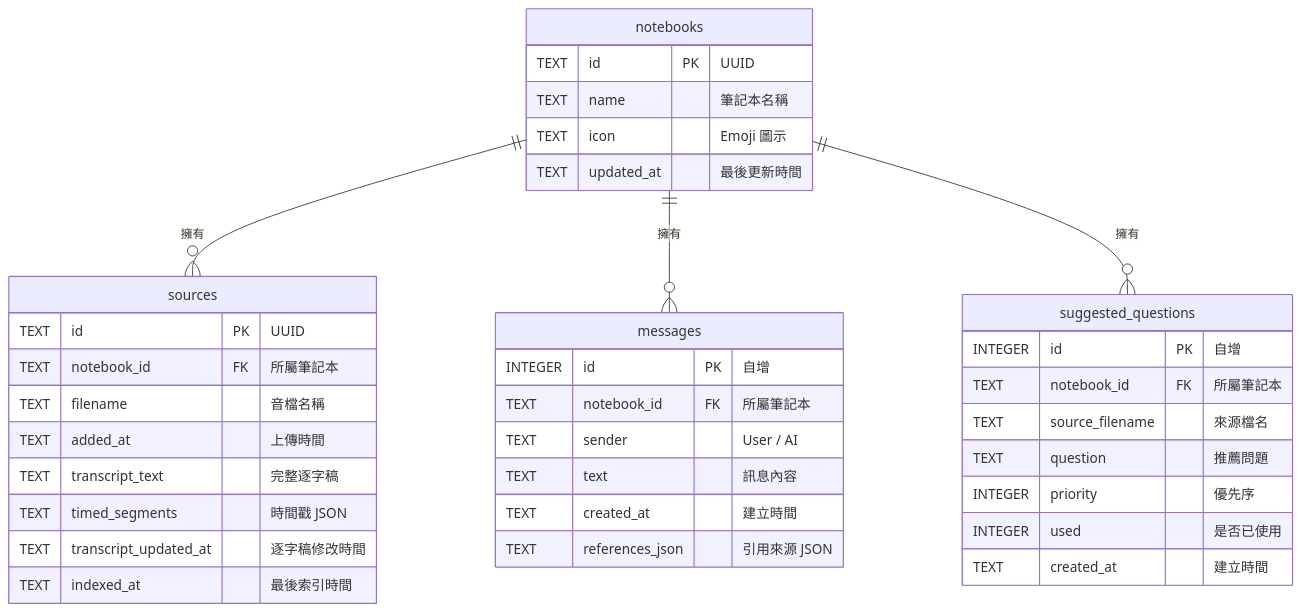
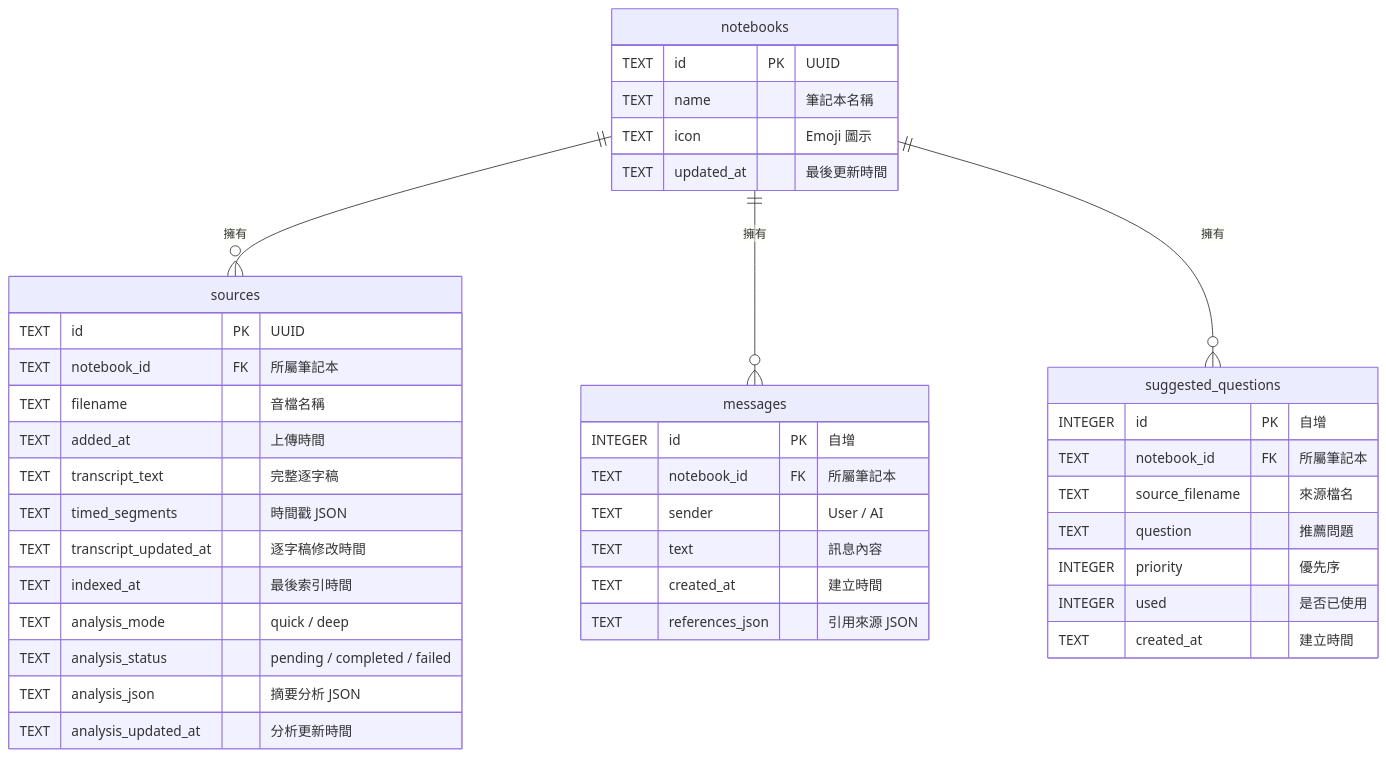
Before and after one commit to victorhi2005-lang/VoiceRAG: the third of 3 diagrams in README.md, drawn with Mermaid. The commit also changed other lines of this file, not shown here.

```diff
--- a/README.md
+++ b/README.md
@@ -344,6 +393,10 @@
         TEXT timed_segments "時間戳 JSON"
         TEXT transcript_updated_at "逐字稿修改時間"
         TEXT indexed_at "最後索引時間"
+        TEXT analysis_mode "quick / deep"
+        TEXT analysis_status "pending / completed / failed"
+        TEXT analysis_json "摘要分析 JSON"
+        TEXT analysis_updated_at "分析更新時間"
     }
 
     messages {
```
